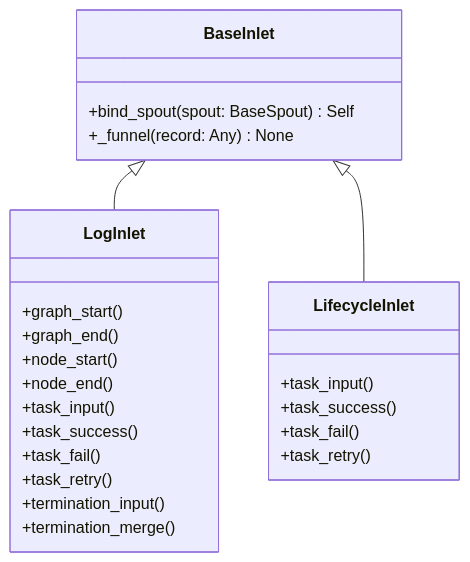
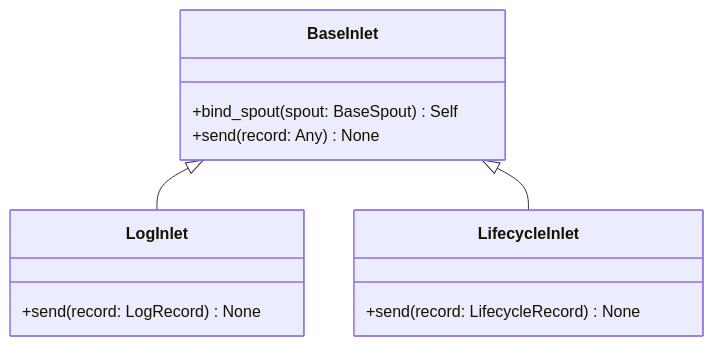
Before and after one commit to Mr-xiaotian/CelestialFlow: the diagram in docs/zh-CN/src/funnel/core_inlet.md, drawn with Mermaid. The commit also changed other lines of this file and 86 other files, not shown here.

````diff
--- a/docs/zh-CN/src/funnel/core_inlet.md
+++ b/docs/zh-CN/src/funnel/core_inlet.md
@@ -67,27 +70,15 @@
 ```mermaid
 classDiagram
     class BaseInlet {
         +bind_spout(spout: BaseSpout) Self
-        +_funnel(record: Any) None
+        +send(record: Any) None
     }
     class LogInlet {
-        +graph_start()
-        +graph_end()
-        +node_start()
-        +node_end()
-        +task_input()
-        +task_success()
-        +task_fail()
-        +task_retry()
-        +termination_input()
-        +termination_merge()
+        +send(record: LogRecord) None
     }
     class LifecycleInlet {
-        +task_input()
-        +task_success()
-        +task_fail()
-        +task_retry()
+        +send(record: LifecycleRecord) None
     }
     BaseInlet <|-- LogInlet
     BaseInlet <|-- LifecycleInlet
 ```
````
